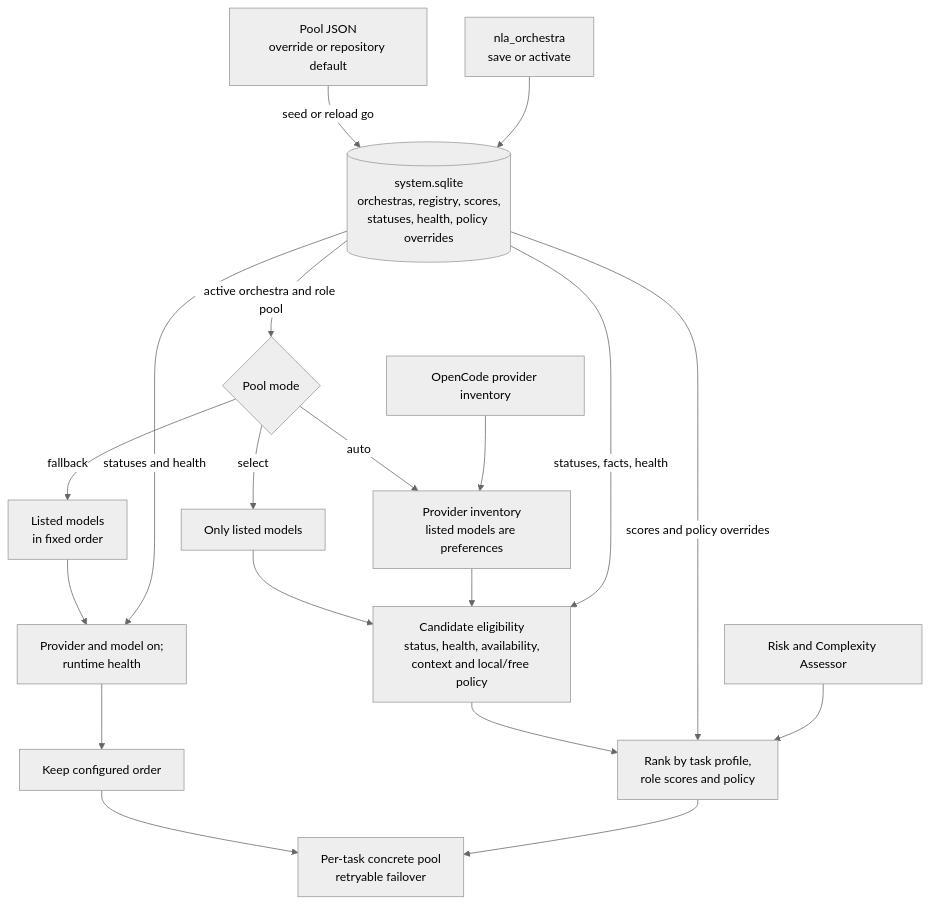
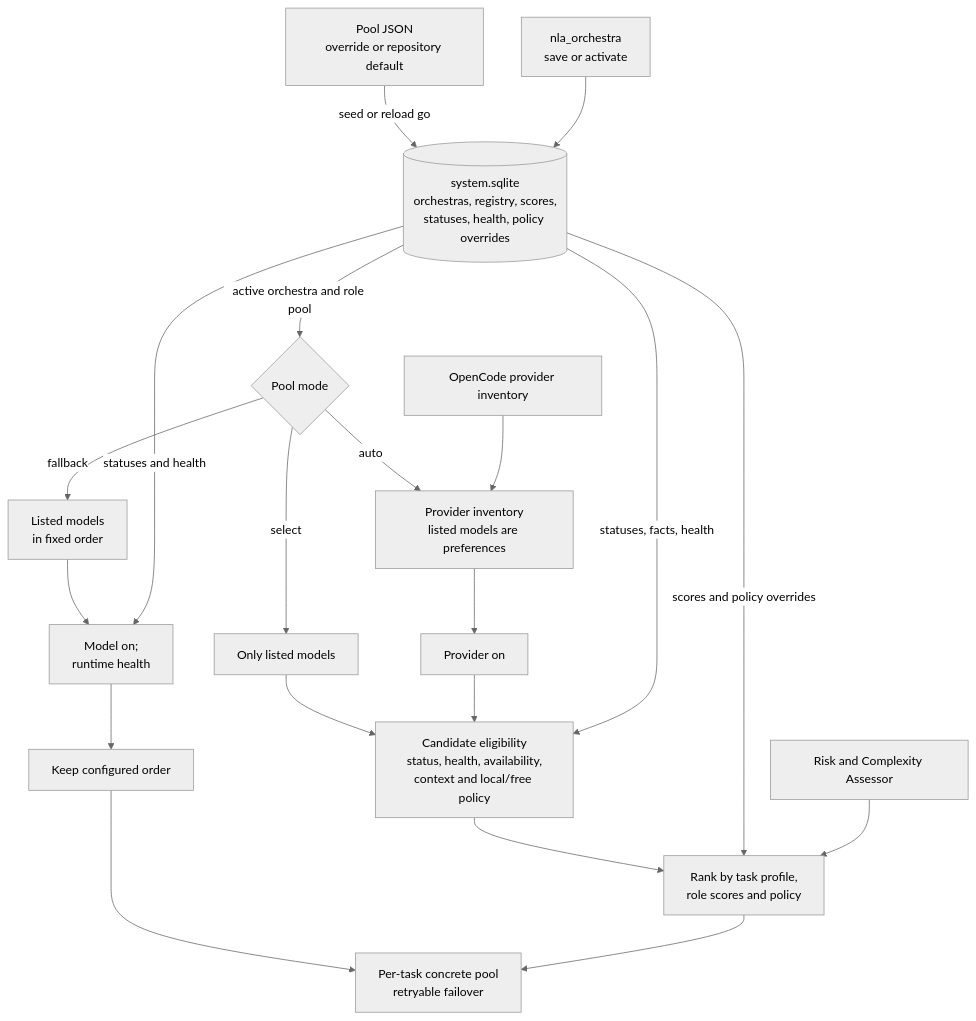
Before and after one commit to pickleshell/next-level-agent: the second of 2 diagrams in README.md, drawn with Mermaid (neutral theme). The commit also changed other lines of this file and 11 other files, not shown here.

Commit message:
fix: scope provider switches to auto model pools

````diff
--- a/README.md
+++ b/README.md
@@ -383,21 +385,21 @@
 ```mermaid
 flowchart TB
     J[Pool JSON<br/>override or repository default] -->|seed or reload go| DB[(system.sqlite<br/>orchestras, registry, scores,<br/>statuses, health, policy overrides)]
     OT[nla_orchestra<br/>save or activate] --> DB
     DB -->|active orchestra and role pool| MODE{Pool mode}
     MODE -->|fallback| F[Listed models<br/>in fixed order]
     MODE -->|select| S[Only listed models]
     MODE -->|auto| A[Provider inventory<br/>listed models are preferences]
     INV[OpenCode provider inventory] --> A
-    F --> EF[Provider and model on;<br/>runtime health]
+    F --> EF[Model on;<br/>runtime health]
     S --> ER[Candidate eligibility<br/>status, health, availability,<br/>context and local/free policy]
-    A --> ER
+    A --> PG[Provider on] --> ER
     DB -->|statuses and health| EF
     DB -->|statuses, facts, health| ER
     EF --> O[Keep configured order]
     ER --> R[Rank by task profile,<br/>role scores and policy]
     DB -->|scores and policy overrides| R
     RA[Risk and Complexity Assessor] --> R
     O --> TASK[Per-task concrete pool<br/>retryable failover]
     R --> TASK
 ```
````
